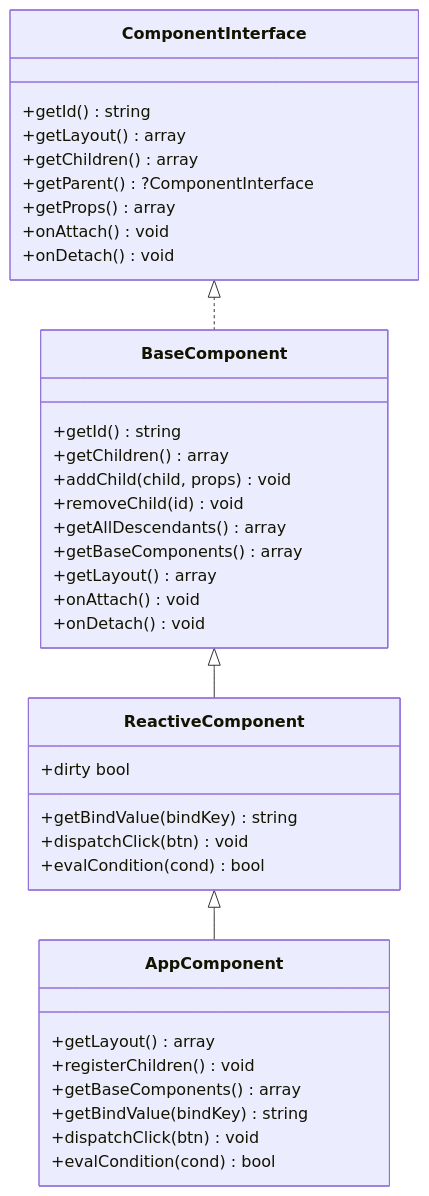
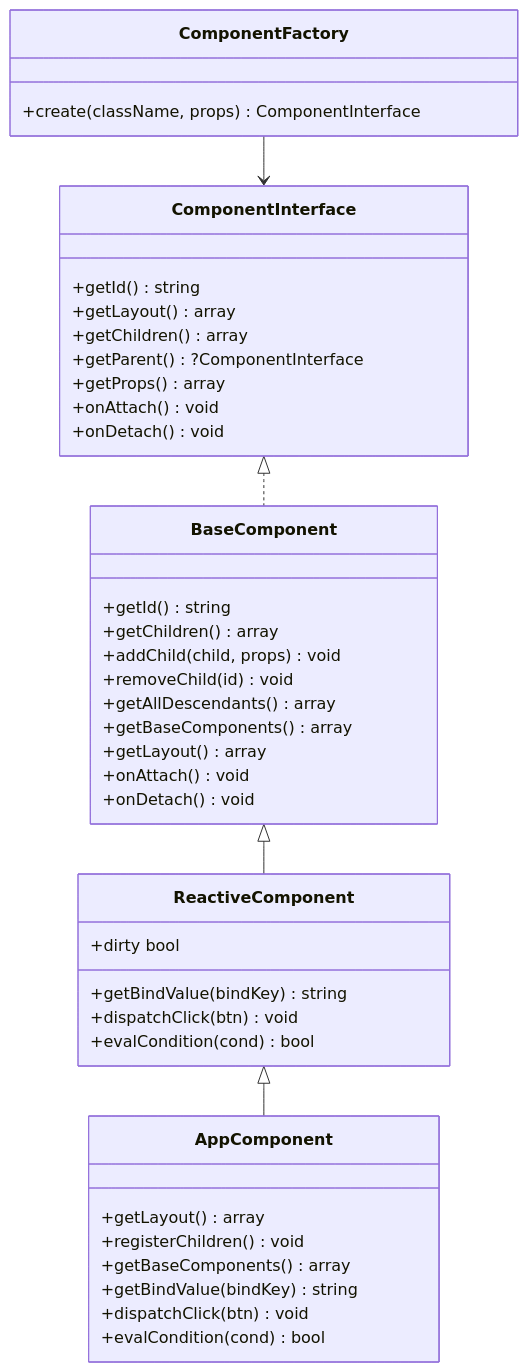
The tenth of 11 diagrams in .qoder/repowiki/zh/content/核心架构设计/编译器架构.md (xingye00186/PUI), drawn with Mermaid before and after one commit. The commit also changed other lines of this file and 10 other files, not shown here.

````diff
--- a/.qoder/repowiki/zh/content/核心架构设计/编译器架构.md
+++ b/.qoder/repowiki/zh/content/核心架构设计/编译器架构.md
@@ -398,40 +425,44 @@
 ```mermaid
 classDiagram
 class ComponentInterface {
 +getId() string
 +getLayout() array
 +getChildren() array
 +getParent() ?ComponentInterface
 +getProps() array
 +onAttach() void
 +onDetach() void
 }
 class BaseComponent {
 +getId() string
 +getChildren() array
 +addChild(child, props) void
 +removeChild(id) void
 +getAllDescendants() array
 +getBaseComponents() array
 +getLayout() array
 +onAttach() void
 +onDetach() void
 }
 class ReactiveComponent {
 +dirty bool
 +getBindValue(bindKey) string
 +dispatchClick(btn) void
 +evalCondition(cond) bool
 }
 class AppComponent {
 +getLayout() array
 +registerChildren() void
 +getBaseComponents() array
 +getBindValue(bindKey) string
 +dispatchClick(btn) void
 +evalCondition(cond) bool
 }
+class ComponentFactory {
++create(className, props) ComponentInterface
+}
 ComponentInterface <|.. BaseComponent
 BaseComponent <|-- ReactiveComponent
 ReactiveComponent <|-- AppComponent
+ComponentFactory --> ComponentInterface
 ```
````
